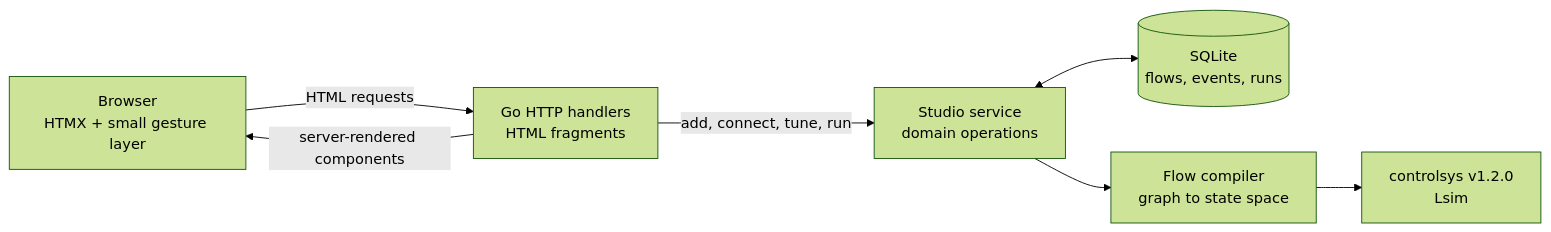
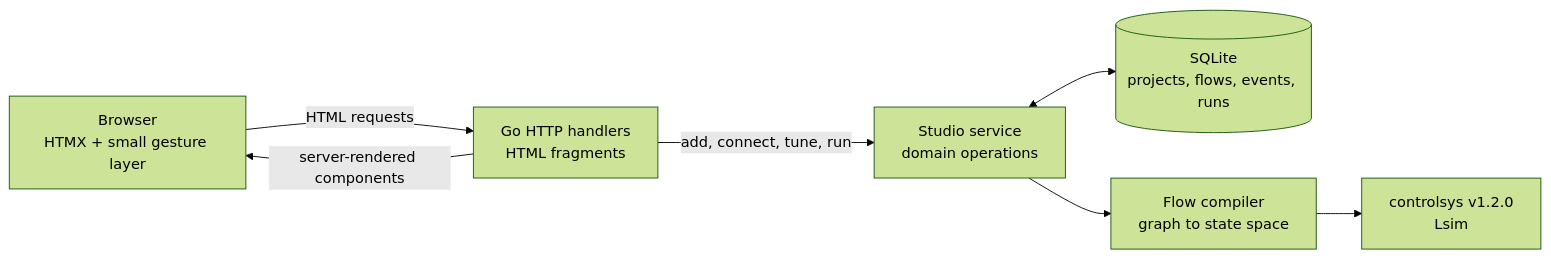
Before and after one commit to jamestjsp/go-htmx: the diagram in README.md, drawn with Mermaid (forest theme). The commit also changed other lines of this file and 2 other files, not shown here.

````diff
--- a/README.md
+++ b/README.md
@@ -90,16 +122,16 @@
 ```mermaid
 flowchart LR
     Browser["Browser<br/>HTMX + small gesture layer"]
     HTTP["Go HTTP handlers<br/>HTML fragments"]
     Studio["Studio service<br/>domain operations"]
-    SQLite[("SQLite<br/>flows, events, runs")]
+    SQLite[("SQLite<br/>projects, flows, events, runs")]
     Compiler["Flow compiler<br/>graph to state space"]
     Controlsys["controlsys v1.2.0<br/>Lsim"]
 
     Browser -- "HTML requests" --> HTTP
     HTTP -- "add, connect, tune, run" --> Studio
     Studio <--> SQLite
     Studio --> Compiler
     Compiler --> Controlsys
     HTTP -- "server-rendered components" --> Browser
 ```
````
